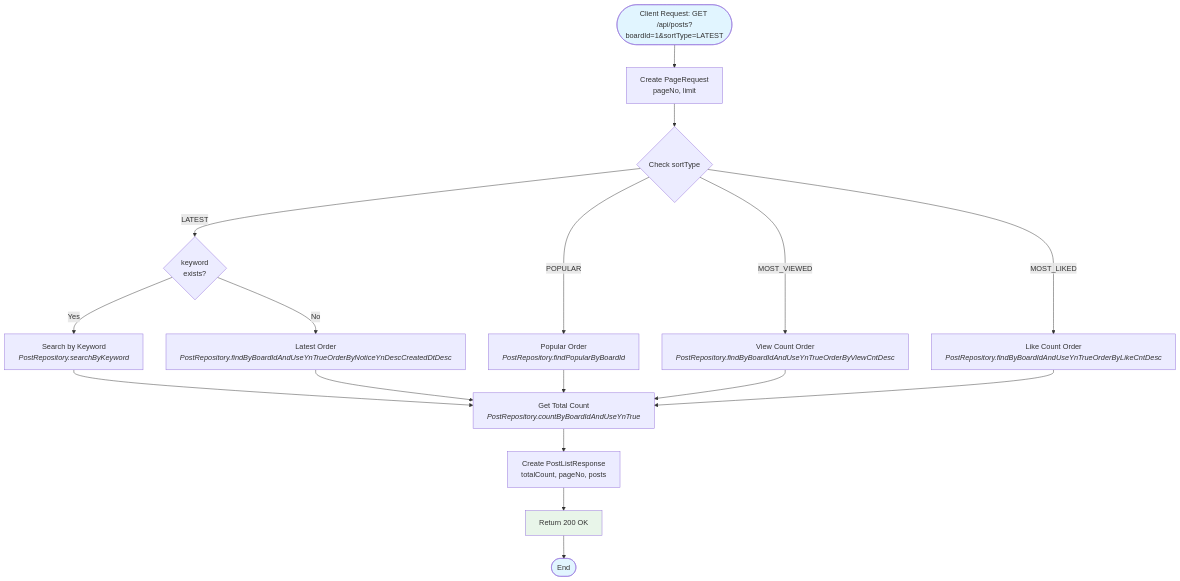
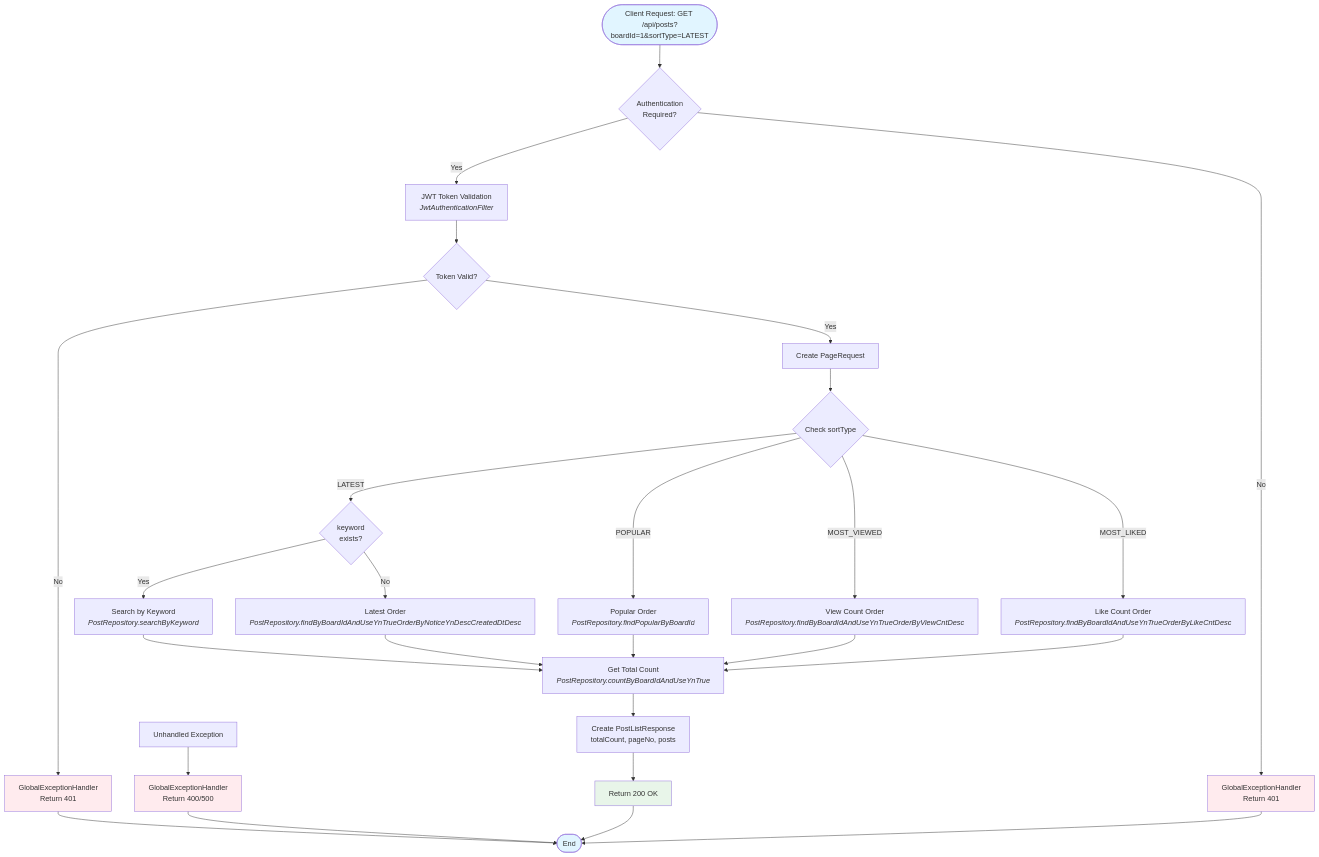
The diagram in doc/post/PostController/getPostList-flowchart.md (RKS-t/JungleBook), drawn with Mermaid before and after one commit. The commit also changed 18 other files, not shown here.

First line of the commit message:
docs: update Mermaid charts for CQRS services

````diff
--- a/doc/post/PostController/getPostList-flowchart.md
+++ b/doc/post/PostController/getPostList-flowchart.md
@@ -3,31 +3,45 @@
 ```mermaid
 flowchart TD
-    Start([Client Request: GET /api/posts?boardId=1&sortType=LATEST]) --> CreatePageable[Create PageRequest<br/>pageNo, limit]
+    Start([Client Request: GET /api/posts?boardId=1&sortType=LATEST]) --> AuthCheck{Authentication<br/>Required?}
+    AuthCheck -->|Yes| JWTValidate[JWT Token Validation<br/><i>JwtAuthenticationFilter</i>]
+    AuthCheck -->|No| GlobalExceptionHandler1[GlobalExceptionHandler<br/>Return 401]
+    
+    JWTValidate --> TokenValid{Token Valid?}
+    TokenValid -->|No| GlobalExceptionHandler2[GlobalExceptionHandler<br/>Return 401]
+    TokenValid -->|Yes| CreatePageable[Create PageRequest]
     
     CreatePageable --> CheckSortType{Check sortType}
     
     CheckSortType -->|LATEST| CheckKeyword{keyword<br/>exists?}
     CheckKeyword -->|Yes| SearchKeyword[Search by Keyword<br/><i>PostRepository.searchByKeyword</i>]
     CheckKeyword -->|No| LatestOrder[Latest Order<br/><i>PostRepository.findByBoardIdAndUseYnTrueOrderByNoticeYnDescCreatedDtDesc</i>]
     
     CheckSortType -->|POPULAR| PopularOrder[Popular Order<br/><i>PostRepository.findPopularByBoardId</i>]
     
     CheckSortType -->|MOST_VIEWED| ViewCntOrder[View Count Order<br/><i>PostRepository.findByBoardIdAndUseYnTrueOrderByViewCntDesc</i>]
     
     CheckSortType -->|MOST_LIKED| LikeCntOrder[Like Count Order<br/><i>PostRepository.findByBoardIdAndUseYnTrueOrderByLikeCntDesc</i>]
     
     SearchKeyword --> GetCount[Get Total Count<br/><i>PostRepository.countByBoardIdAndUseYnTrue</i>]
     LatestOrder --> GetCount
     PopularOrder --> GetCount
     ViewCntOrder --> GetCount
     LikeCntOrder --> GetCount
     
     GetCount --> CreateResponse[Create PostListResponse<br/>totalCount, pageNo, posts]
     CreateResponse --> Return200[Return 200 OK]
     
     Return200 --> End([End])
+    GlobalExceptionHandler1 --> End
+    GlobalExceptionHandler2 --> End
+    
+    ErrorPath[Unhandled Exception] --> GlobalExceptionHandler3[GlobalExceptionHandler<br/>Return 400/500]
+    GlobalExceptionHandler3 --> End
     
     style Start fill:#e1f5ff
     style End fill:#e1f5ff
     style Return200 fill:#e8f5e9
+    style GlobalExceptionHandler1 fill:#ffebee
+    style GlobalExceptionHandler2 fill:#ffebee
+    style GlobalExceptionHandler3 fill:#ffebee
 ```
````
